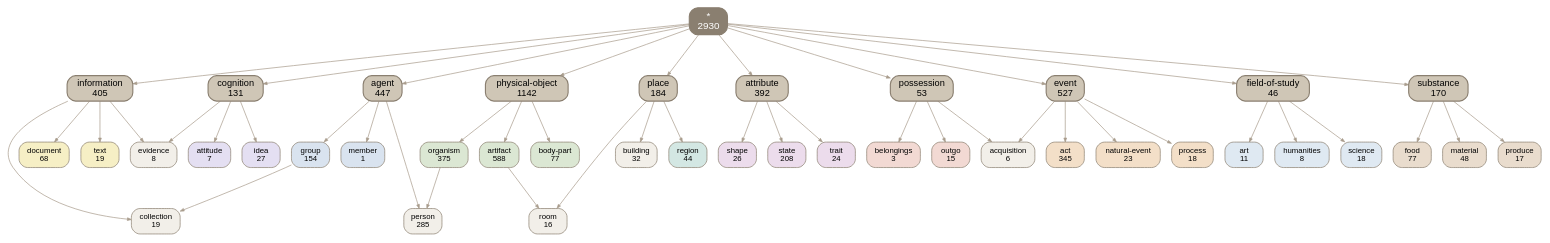
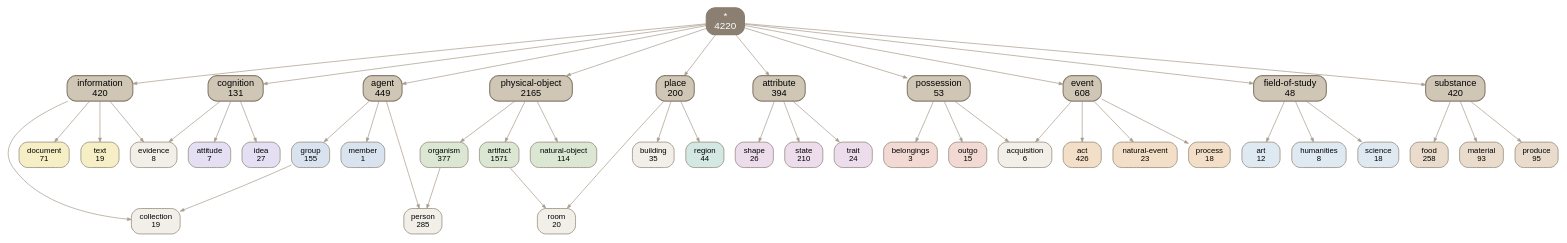
The diagram in docs/img/top.dot (petfold/ontodag-core), drawn with Graphviz before and after one commit. The commit also changed 200 other files, not shown here.

```diff
--- a/docs/img/top.dot
+++ b/docs/img/top.dot
@@ -1,92 +1,92 @@
 digraph core {
   root="*"; rankdir=TB; ranksep=0.8; nodesep=0.22; splines=true; outputorder=edgesfirst;
   node [shape=box, style="rounded,filled", color="#8a7f70", fontname=Helvetica, fontsize=11];
   edge [color="#a89c8c", arrowsize=0.55];
-  "*" [label="*\n2930" fillcolor="#8a7f70" fontcolor="white" fontsize=14 penwidth=1.6];
+  "*" [label="*\n4220" fillcolor="#8a7f70" fontcolor="white" fontsize=14 penwidth=1.6];
   "*" -> "agent";
   "*" -> "attribute";
   "*" -> "cognition";
   "*" -> "event";
   "*" -> "field-of-study";
   "*" -> "information";
   "*" -> "physical-object";
   "*" -> "place";
   "*" -> "possession";
   "*" -> "substance";
   "acquisition" [label="acquisition\n6" fillcolor="#f2efe9"];
-  "act" [label="act\n345" fillcolor="#f3dfc8"];
-  "agent" [label="agent\n447" fillcolor="#cfc6b6" fontsize=13 penwidth=1.6];
-  "art" [label="art\n11" fillcolor="#dfe9f2"];
-  "artifact" [label="artifact\n588" fillcolor="#dbe7d3"];
+  "act" [label="act\n426" fillcolor="#f3dfc8"];
+  "agent" [label="agent\n449" fillcolor="#cfc6b6" fontsize=13 penwidth=1.6];
+  "art" [label="art\n12" fillcolor="#dfe9f2"];
+  "artifact" [label="artifact\n1571" fillcolor="#dbe7d3"];
   "attitude" [label="attitude\n7" fillcolor="#e4dff2"];
-  "attribute" [label="attribute\n392" fillcolor="#cfc6b6" fontsize=13 penwidth=1.6];
+  "attribute" [label="attribute\n394" fillcolor="#cfc6b6" fontsize=13 penwidth=1.6];
   "belongings" [label="belongings\n3" fillcolor="#f2d9d3"];
-  "body-part" [label="body-part\n77" fillcolor="#dbe7d3"];
-  "building" [label="building\n32" fillcolor="#f2efe9"];
+  "building" [label="building\n35" fillcolor="#f2efe9"];
   "cognition" [label="cognition\n131" fillcolor="#cfc6b6" fontsize=13 penwidth=1.6];
   "collection" [label="collection\n19" fillcolor="#f2efe9"];
-  "document" [label="document\n68" fillcolor="#f6efc5"];
-  "event" [label="event\n527" fillcolor="#cfc6b6" fontsize=13 penwidth=1.6];
+  "document" [label="document\n71" fillcolor="#f6efc5"];
+  "event" [label="event\n608" fillcolor="#cfc6b6" fontsize=13 penwidth=1.6];
   "evidence" [label="evidence\n8" fillcolor="#f2efe9"];
-  "field-of-study" [label="field-of-study\n46" fillcolor="#cfc6b6" fontsize=13 penwidth=1.6];
-  "food" [label="food\n77" fillcolor="#e9dccd"];
-  "group" [label="group\n154" fillcolor="#d9e3ef"];
+  "field-of-study" [label="field-of-study\n48" fillcolor="#cfc6b6" fontsize=13 penwidth=1.6];
+  "food" [label="food\n258" fillcolor="#e9dccd"];
+  "group" [label="group\n155" fillcolor="#d9e3ef"];
   "humanities" [label="humanities\n8" fillcolor="#dfe9f2"];
   "idea" [label="idea\n27" fillcolor="#e4dff2"];
-  "information" [label="information\n405" fillcolor="#cfc6b6" fontsize=13 penwidth=1.6];
-  "material" [label="material\n48" fillcolor="#e9dccd"];
+  "information" [label="information\n420" fillcolor="#cfc6b6" fontsize=13 penwidth=1.6];
+  "material" [label="material\n93" fillcolor="#e9dccd"];
   "member" [label="member\n1" fillcolor="#d9e3ef"];
   "natural-event" [label="natural-event\n23" fillcolor="#f3dfc8"];
-  "organism" [label="organism\n375" fillcolor="#dbe7d3"];
+  "natural-object" [label="natural-object\n114" fillcolor="#dbe7d3"];
+  "organism" [label="organism\n377" fillcolor="#dbe7d3"];
   "outgo" [label="outgo\n15" fillcolor="#f2d9d3"];
   "person" [label="person\n285" fillcolor="#f2efe9"];
-  "physical-object" [label="physical-object\n1142" fillcolor="#cfc6b6" fontsize=13 penwidth=1.6];
-  "place" [label="place\n184" fillcolor="#cfc6b6" fontsize=13 penwidth=1.6];
+  "physical-object" [label="physical-object\n2165" fillcolor="#cfc6b6" fontsize=13 penwidth=1.6];
+  "place" [label="place\n200" fillcolor="#cfc6b6" fontsize=13 penwidth=1.6];
   "possession" [label="possession\n53" fillcolor="#cfc6b6" fontsize=13 penwidth=1.6];
   "process" [label="process\n18" fillcolor="#f3dfc8"];
-  "produce" [label="produce\n17" fillcolor="#e9dccd"];
+  "produce" [label="produce\n95" fillcolor="#e9dccd"];
   "region" [label="region\n44" fillcolor="#d3e7e3"];
-  "room" [label="room\n16" fillcolor="#f2efe9"];
+  "room" [label="room\n20" fillcolor="#f2efe9"];
   "science" [label="science\n18" fillcolor="#dfe9f2"];
   "shape" [label="shape\n26" fillcolor="#ecdcec"];
-  "state" [label="state\n208" fillcolor="#ecdcec"];
-  "substance" [label="substance\n170" fillcolor="#cfc6b6" fontsize=13 penwidth=1.6];
+  "state" [label="state\n210" fillcolor="#ecdcec"];
+  "substance" [label="substance\n420" fillcolor="#cfc6b6" fontsize=13 penwidth=1.6];
   "text" [label="text\n19" fillcolor="#f6efc5"];
   "trait" [label="trait\n24" fillcolor="#ecdcec"];
   { rank=same; "agent" "attribute" "cognition" "event" "field-of-study" "information" "physical-object" "place" "possession" "substance" }
+  "attribute" -> "state";
+  "information" -> "document";
+  "field-of-study" -> "art";
+  "physical-object" -> "organism";
+  "attribute" -> "shape";
+  "substance" -> "food";
+  "event" -> "acquisition";
+  "possession" -> "acquisition";
   "attribute" -> "trait";
-  "physical-object" -> "artifact";
-  "substance" -> "food";
+  "cognition" -> "idea";
+  "event" -> "process";
+  "group" -> "collection";
+  "information" -> "collection";
+  "place" -> "building";
+  "agent" -> "group";
+  "artifact" -> "room";
+  "place" -> "room";
+  "field-of-study" -> "science";
+  "cognition" -> "attitude";
+  "agent" -> "member";
   "event" -> "natural-event";
-  "substance" -> "material";
-  "place" -> "region";
-  "agent" -> "member";
-  "place" -> "building";
+  "physical-object" -> "natural-object";
+  "agent" -> "person";
+  "organism" -> "person";
   "field-of-study" -> "humanities";
-  "physical-object" -> "body-part";
-  "attribute" -> "state";
   "cognition" -> "evidence";
   "information" -> "evidence";
-  "physical-object" -> "organism";
-  "agent" -> "person";
-  "organism" -> "person";
-  "cognition" -> "attitude";
-  "cognition" -> "idea";
-  "information" -> "document";
-  "group" -> "collection";
-  "information" -> "collection";
-  "field-of-study" -> "art";
-  "agent" -> "group";
+  "possession" -> "outgo";
+  "physical-object" -> "artifact";
+  "event" -> "act";
+  "possession" -> "belongings";
+  "place" -> "region";
   "substance" -> "produce";
-  "field-of-study" -> "science";
-  "event" -> "process";
+  "substance" -> "material";
   "information" -> "text";
-  "event" -> "act";
-  "possession" -> "outgo";
-  "artifact" -> "room";
-  "place" -> "room";
-  "possession" -> "belongings";
-  "event" -> "acquisition";
-  "possession" -> "acquisition";
-  "attribute" -> "shape";
 }
```
